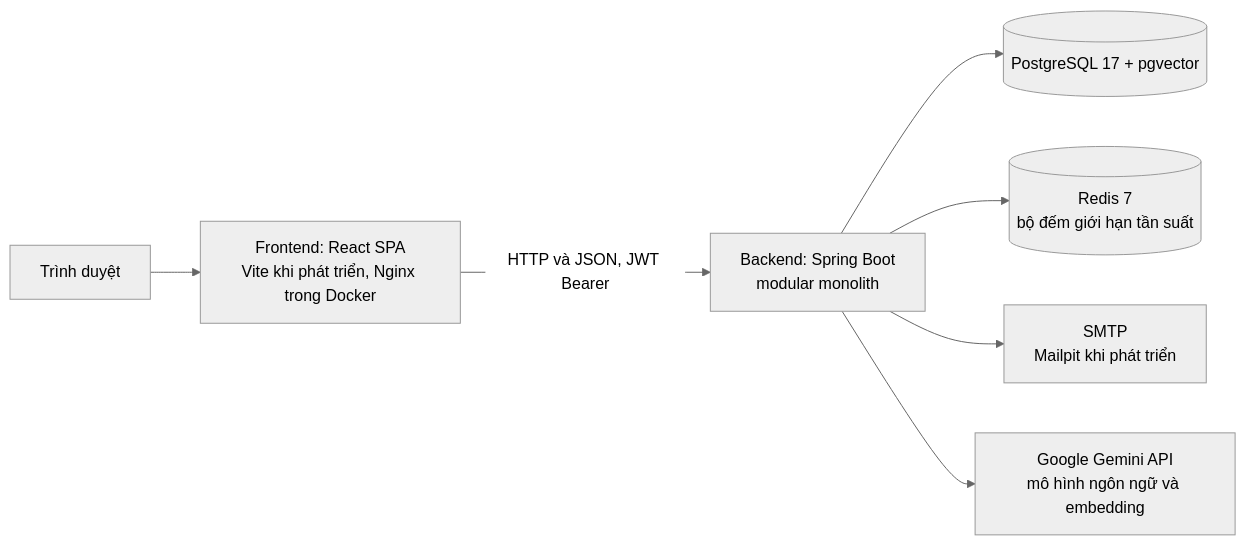
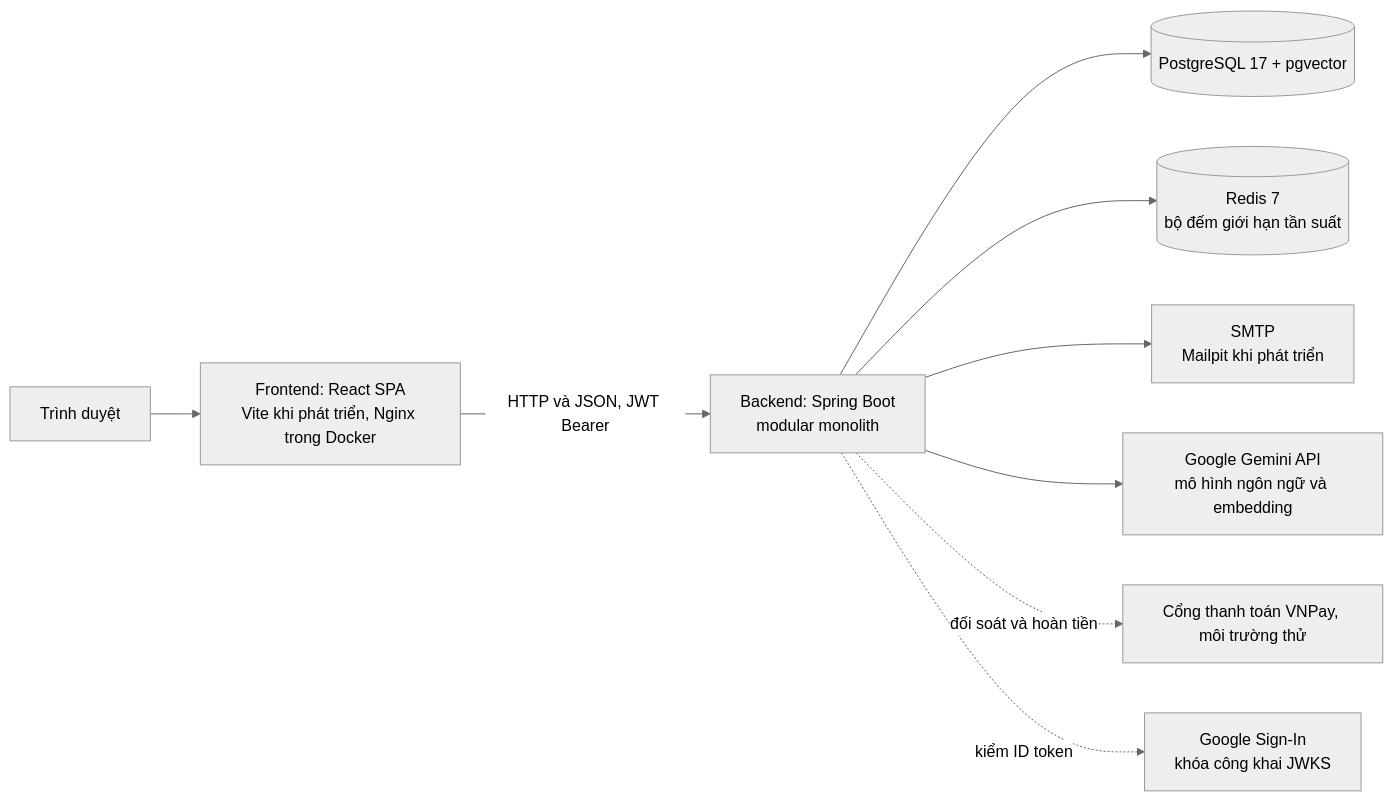
One commit to BVHC/Pet-care-new changed the first of 13 diagrams in docs/bao-cao/03-thiet-ke.md. Above: the diagram before and after it, drawn with Mermaid (neutral theme). The commit also changed other lines of this file and 18 other files, not shown here.

````diff
--- a/docs/bao-cao/03-thiet-ke.md
+++ b/docs/bao-cao/03-thiet-ke.md
@@ -9,9 +13,11 @@
 ```mermaid
 flowchart LR
   U["Trình duyệt"] --> FE["Frontend: React SPA<br/>Vite khi phát triển, Nginx trong Docker"]
   FE -->|"HTTP và JSON, JWT Bearer"| BE["Backend: Spring Boot<br/>modular monolith"]
   BE --> PG[("PostgreSQL 17 + pgvector")]
   BE --> RD[("Redis 7<br/>bộ đếm giới hạn tần suất")]
   BE --> SM["SMTP<br/>Mailpit khi phát triển"]
   BE --> LLM["Google Gemini API<br/>mô hình ngôn ngữ và embedding"]
+  BE -.->|"đối soát và hoàn tiền"| PAY["Cổng thanh toán VNPay, môi trường thử"]
+  BE -.->|"kiểm ID token"| GG["Google Sign-In<br/>khóa công khai JWKS"]
 ```
````
